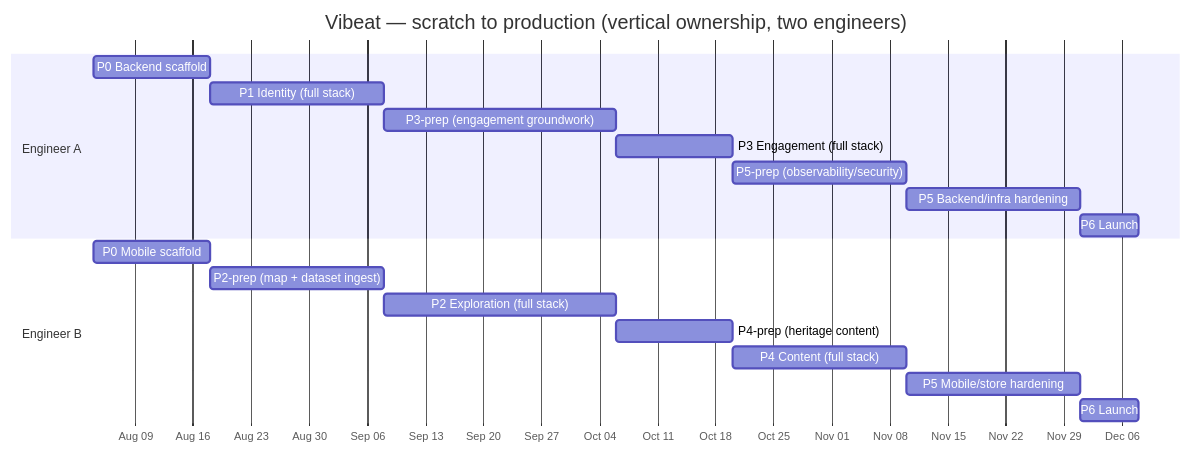
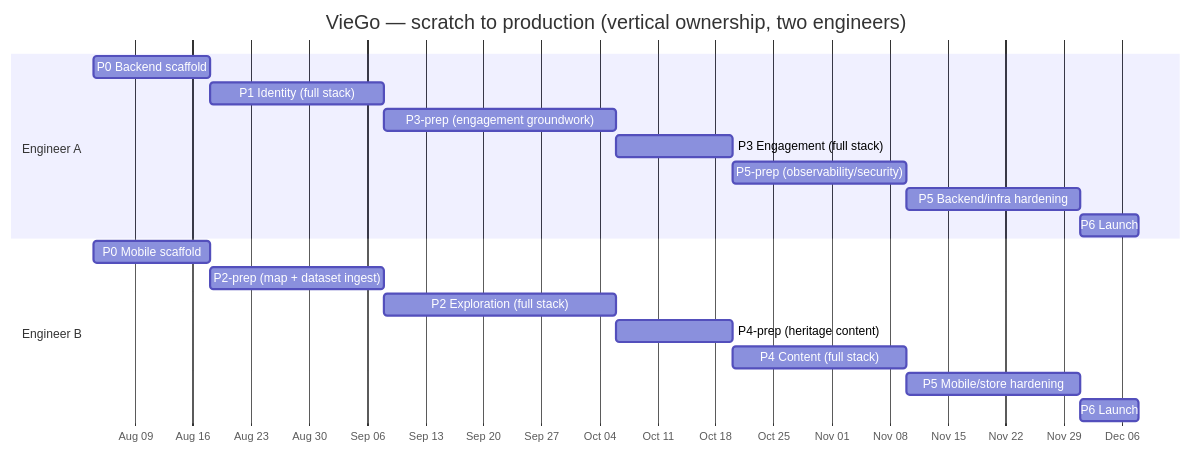
Before and after one commit to Vie-Go/viego-monorepo: the diagram in docs/02-process-documentation/plans-estimates-schedules.md, drawn with Mermaid. The commit also changed other lines of this file and 85 other files, not shown here.

````diff
--- a/docs/02-process-documentation/plans-estimates-schedules.md
+++ b/docs/02-process-documentation/plans-estimates-schedules.md
@@ -51,22 +51,22 @@
 ```mermaid
 gantt
-  title Vibeat — scratch to production (vertical ownership, two engineers)
+  title VieGo — scratch to production (vertical ownership, two engineers)
   dateFormat  YYYY-MM-DD
   axisFormat  %b %d
   section Engineer A
   P0 Backend scaffold                 :a0, 2026-08-04, 2w
   P1 Identity (full stack)            :a1, after a0, 3w
   P3-prep (engagement groundwork)     :a2prep, after a1, 4w
   P3 Engagement (full stack)          :a3, after b2, 2w
   P5-prep (observability/security)    :a4prep, after a3, 3w
   P5 Backend/infra hardening          :a5, after b4, 3w
   P6 Launch                           :a6, after a5, 1w
   section Engineer B
   P0 Mobile scaffold                  :b0, 2026-08-04, 2w
   P2-prep (map + dataset ingest)      :b1prep, after b0, 3w
   P2 Exploration (full stack)         :b2, after a1, 4w
   P4-prep (heritage content)          :b3prep, after b2, 2w
   P4 Content (full stack)             :b4, after a3, 3w
   P5 Mobile/store hardening           :b5, after b4, 3w
   P6 Launch                           :b6, after b5, 1w
 ```
````
